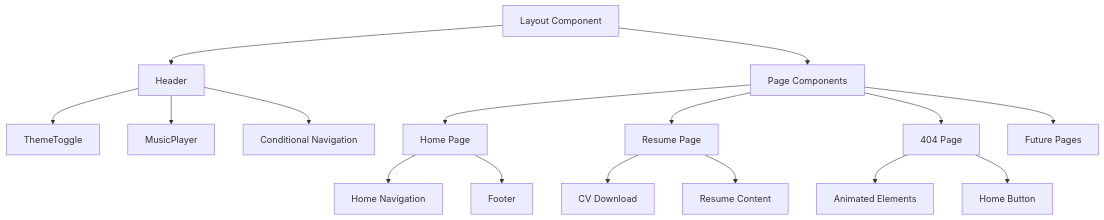
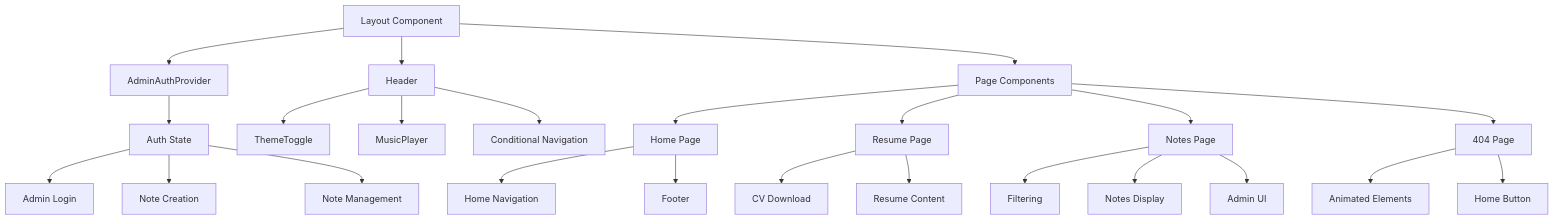
One commit to ptt3199/my-porfolio-website changed the second of 8 diagrams in memory-bank/systemPatterns.md. Above: the diagram before and after it, drawn with Mermaid. The commit also changed other lines of this file and 5 other files, not shown here.

````diff
--- a/memory-bank/systemPatterns.md
+++ b/memory-bank/systemPatterns.md
@@ -155,23 +324,33 @@
 ```mermaid
 graph TD
-    Layout[Layout Component] --> Header[Header]
+    Layout[Layout Component] --> AdminProvider[AdminAuthProvider]
+    Layout --> Header[Header]
     Layout --> Pages[Page Components]
+    
+    AdminProvider --> AuthContext[Auth State]
+    AuthContext --> AdminLogin[Admin Login]
+    AuthContext --> QuickCreateNote[Note Creation]
+    AuthContext --> NoteItem[Note Management]
     
     Header --> ThemeToggle
     Header --> MusicPlayer
     Header --> ConditionalNav[Conditional Navigation]
     
     Pages --> Home[Home Page]
     Pages --> Resume[Resume Page]
+    Pages --> Notes[Notes Page]
     Pages --> Error[404 Page]
-    Pages --> Future[Future Pages]
+    
+    Notes --> FilterSystem[Filtering]
+    Notes --> NotesGrid[Notes Display]
+    Notes --> AdminControls[Admin UI]
     
     Home --> HomeNav[Home Navigation]
     Home --> Footer[Footer]
     
     Resume --> DownloadCV[CV Download]
     Resume --> Content[Resume Content]
     
     Error --> Animations[Animated Elements]
     Error --> ReturnHome[Home Button]
 ```
````
